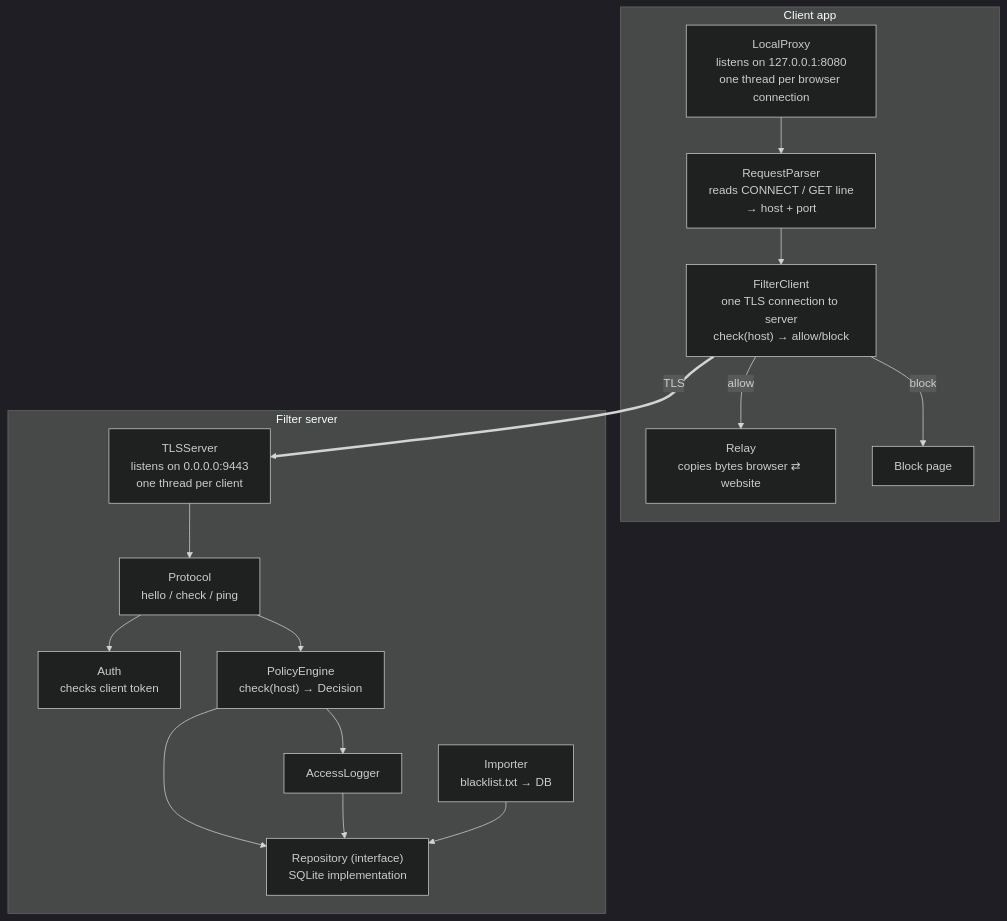
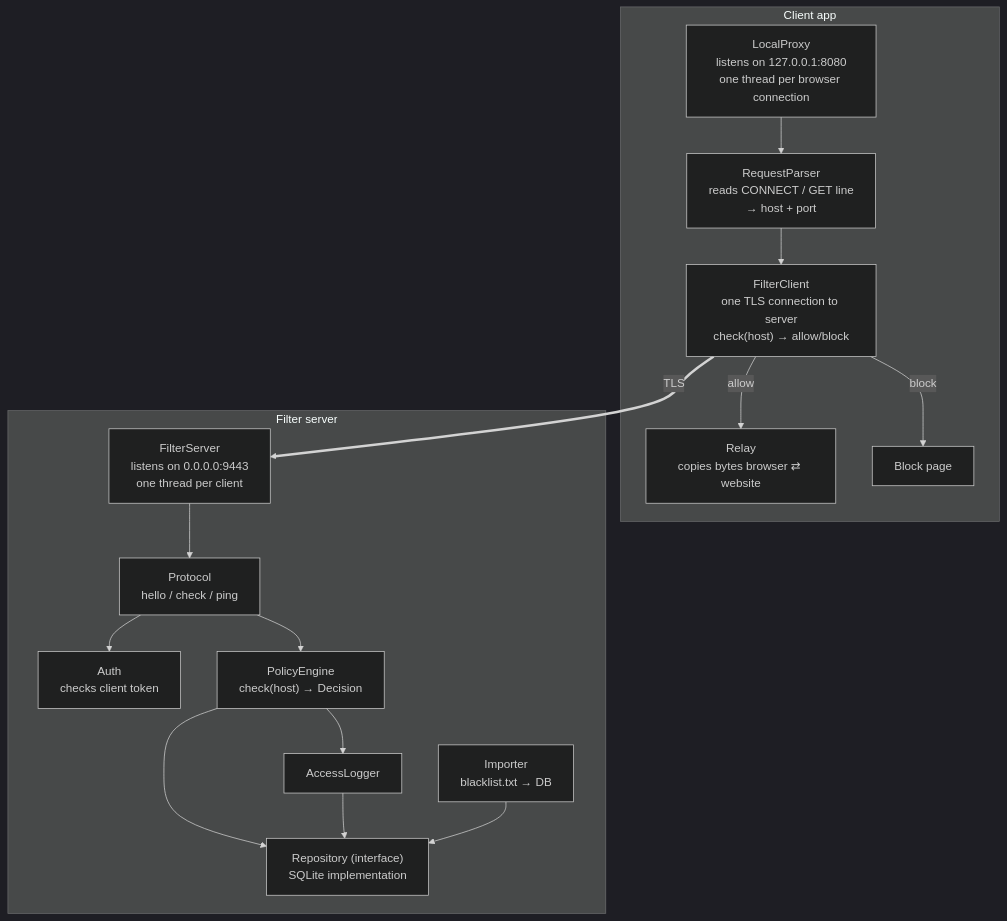
The third of 11 diagrams in docs/ARCHITECTURE.md (itamarimor2009/YearlyProject), drawn with Mermaid (dark theme) before and after one commit. The commit also changed other lines of this file and 36 other files, not shown here.

First line of the commit message:
Phase 1: filter server, client app, blocklist, logging and tests

````diff
--- a/docs/ARCHITECTURE.md
+++ b/docs/ARCHITECTURE.md
@@ -68,29 +68,29 @@
 ```mermaid
 flowchart TB
     subgraph CLIENT["Client app"]
         LP["LocalProxy<br/>listens on 127.0.0.1:8080<br/>one thread per browser connection"]
         RQ["RequestParser<br/>reads CONNECT / GET line<br/>→ host + port"]
         FC["FilterClient<br/>one TLS connection to server<br/>check(host) → allow/block"]
         RL["Relay<br/>copies bytes browser ⇄ website"]
         BP["Block page"]
         LP --> RQ --> FC
         FC -- allow --> RL
         FC -- block --> BP
     end
 
     subgraph SERVER["Filter server"]
-        TS["TLSServer<br/>listens on 0.0.0.0:9443<br/>one thread per client"]
+        TS["FilterServer<br/>listens on 0.0.0.0:9443<br/>one thread per client"]
         PR["Protocol<br/>hello / check / ping"]
         AU["Auth<br/>checks client token"]
         PE["PolicyEngine<br/>check(host) → Decision"]
         RP["Repository (interface)<br/>SQLite implementation"]
         LG["AccessLogger"]
         IM["Importer<br/>blacklist.txt → DB"]
         TS --> PR --> AU
         PR --> PE --> RP
         PE --> LG --> RP
         IM --> RP
     end
 
     FC == TLS ==> TS
 ```
````
